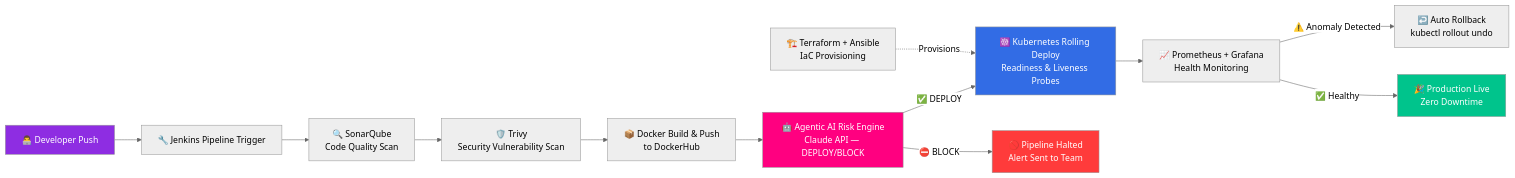
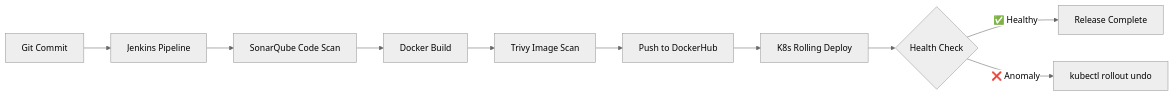
Before and after one commit to chougulesumeru/chougulesumeru: the second of 2 diagrams in README.md, drawn with Mermaid (neutral theme). The commit also changed other lines of this file, not shown here.

````diff
--- a/README.md
+++ b/README.md
@@ -93,20 +192,12 @@
 ```mermaid
 flowchart LR
-    A[👨‍💻 Developer Push] --> B[🔧 Jenkins Pipeline Trigger]
-    B --> C[🔍 SonarQube<br/>Code Quality Scan]
-    C --> D[🛡️ Trivy<br/>Security Vulnerability Scan]
-    D --> E[📦 Docker Build &amp; Push<br/>to DockerHub]
-    E --> F[🤖 Agentic AI Risk Engine<br/>Claude API — DEPLOY/BLOCK]
-    F -->|✅ DEPLOY| G[☸️ Kubernetes Rolling Deploy<br/>Readiness &amp; Liveness Probes]
-    F -->|⛔ BLOCK| H[🚫 Pipeline Halted<br/>Alert Sent to Team]
-    G --> I[📈 Prometheus + Grafana<br/>Health Monitoring]
-    I -->|⚠️ Anomaly Detected| J[↩️ Auto Rollback<br/>kubectl rollout undo]
-    I -->|✅ Healthy| K[🎉 Production Live<br/>Zero Downtime]
-    L[🏗️ Terraform + Ansible<br/>IaC Provisioning] -.->|Provisions| G
-
-    style A fill:#8E2DE2,color:#fff
-    style F fill:#FF0080,color:#fff
-    style G fill:#326CE5,color:#fff
-    style H fill:#FF3B3B,color:#fff
-    style K fill:#00C48C,color:#fff
+    A[Git Commit] --> B[Jenkins Pipeline]
+    B --> C[SonarQube Code Scan]
+    C --> D[Docker Build]
+    D --> E[Trivy Image Scan]
+    E --> F[Push to DockerHub]
+    F --> G[K8s Rolling Deploy]
+    G --> H{Health Check}
+    H -- ✅ Healthy --> I[Release Complete]
+    H -- ❌ Anomaly --> J[kubectl rollout undo]
 ```
````
